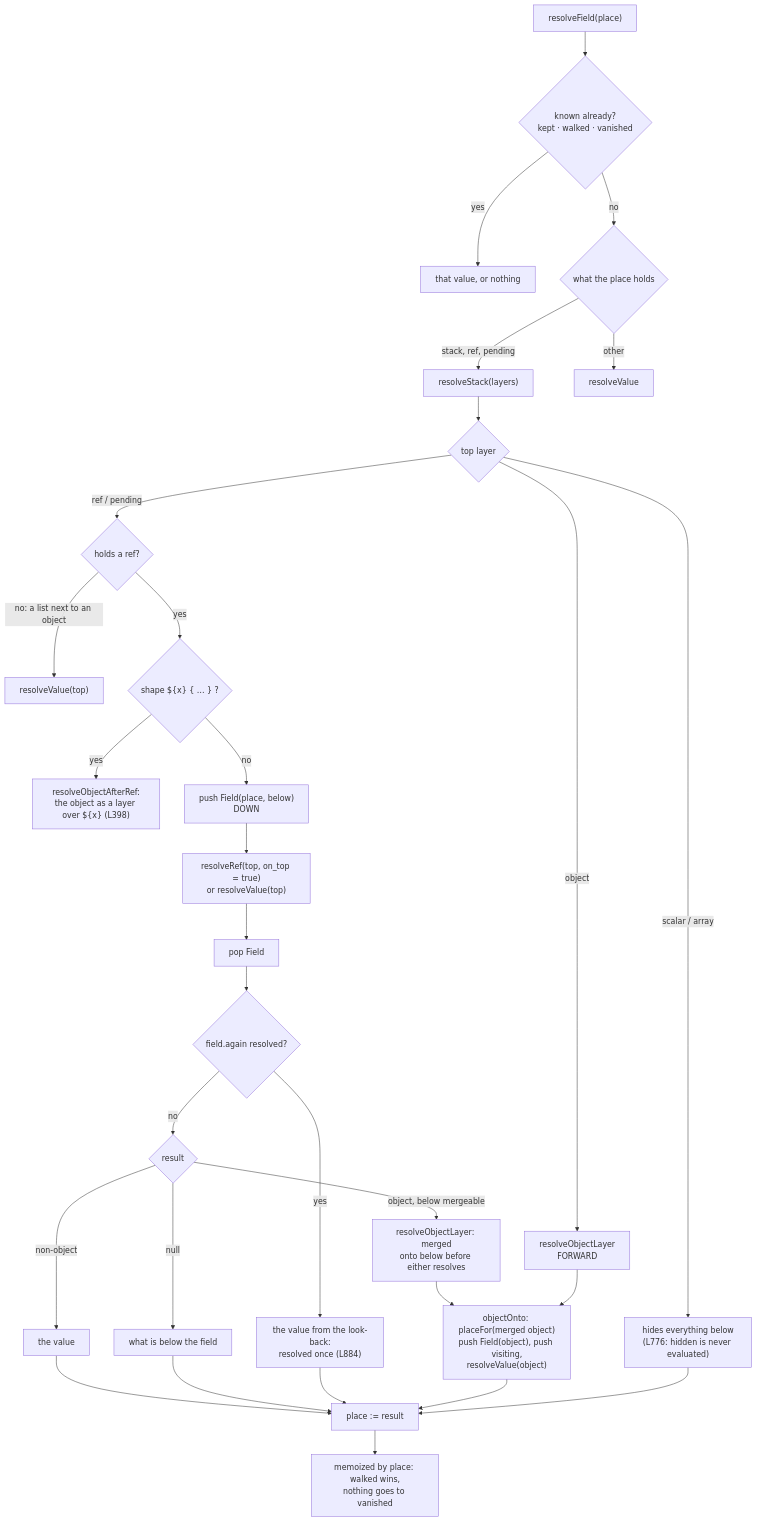
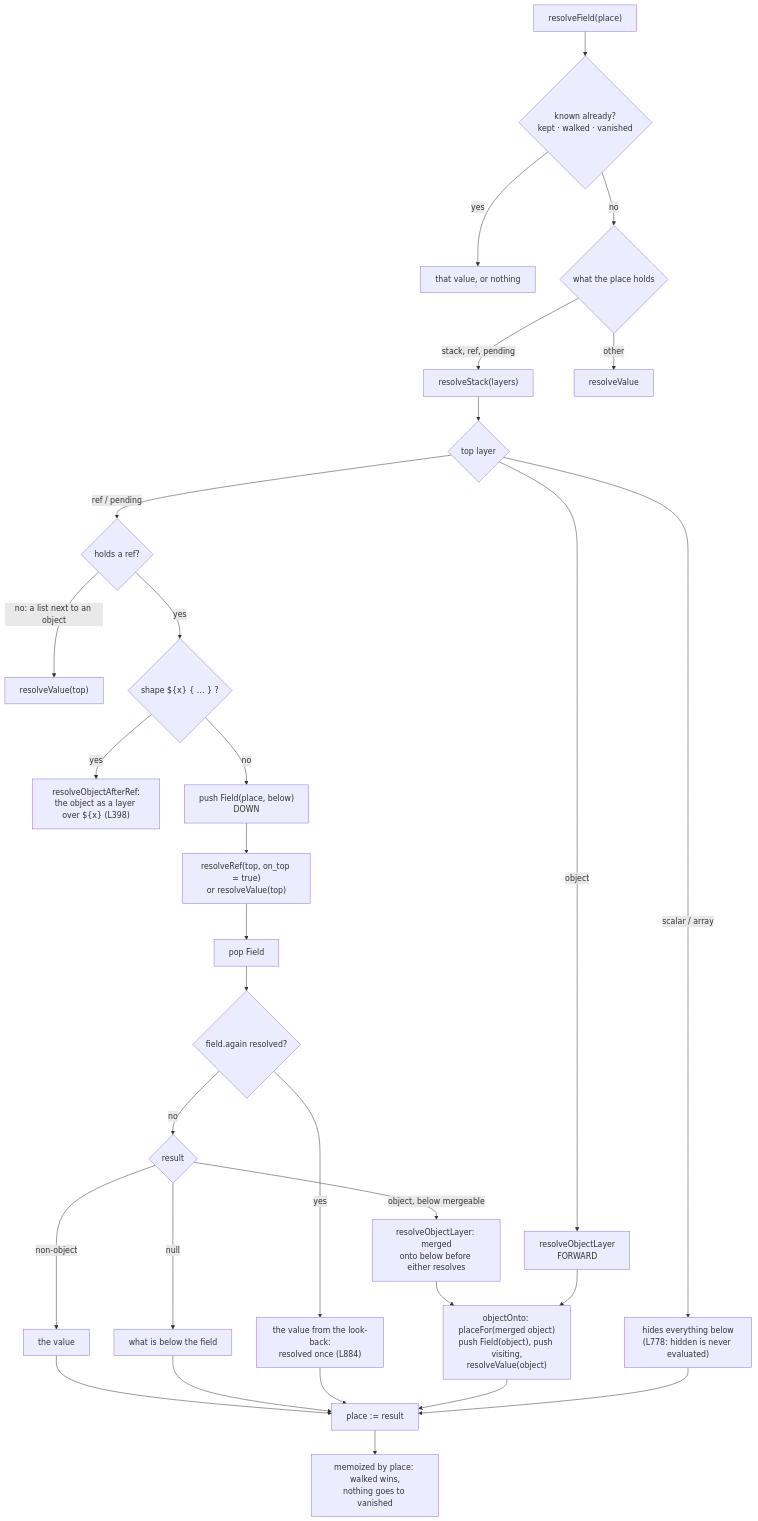
The third of 5 diagrams in docs/resolver.md (lejmr/zig-hocon), drawn with Mermaid before and after one commit. The commit also changed other lines of this file and 14 other files, not shown here.

````diff
--- a/docs/resolver.md
+++ b/docs/resolver.md
@@ -52,32 +52,32 @@
 ```mermaid
 flowchart TD
   RF["resolveField(place)"] --> KQ{"known already?<br/>kept · walked · vanished"}
   KQ -->|yes| KR["that value, or nothing"]
   KQ -->|no| KIND{"what the place holds"}
   KIND -->|"stack, ref, pending"| RS["resolveStack(layers)"]
   KIND -->|other| RV2["resolveValue"]
   RS --> TOP{"top layer"}
-  TOP -->|"scalar / array"| HIDE["hides everything below<br/>(L776: hidden is never evaluated)"]
+  TOP -->|"scalar / array"| HIDE["hides everything below<br/>(L778: hidden is never evaluated)"]
   TOP -->|object| OL["resolveObjectLayer<br/>FORWARD"]
   TOP -->|"ref / pending"| LB{"holds a ref?"}
   LB -->|"no: a list next to an object"| RV3["resolveValue(top)"]
   LB -->|yes| OAR{"shape ${x} #123; … #125; ?"}
   OAR -->|yes| ROAR["resolveObjectAfterRef:<br/>the object as a layer over ${x} (L398)"]
   OAR -->|no| PF["push Field(place, below)<br/>DOWN"]
   PF --> RRT["resolveRef(top, on_top = true)<br/>or resolveValue(top)"]
   RRT --> POP["pop Field"]
   POP --> AGQ{"field.again resolved?"}
   AGQ -->|yes| AGV["the value from the look-back:<br/>resolved once (L884)"]
   AGQ -->|no| RES{"result"}
   RES -->|"null"| UND["what is below the field"]
   RES -->|"non-object"| VAL["the value"]
   RES -->|"object, below mergeable"| MOB["resolveObjectLayer: merged<br/>onto below before either resolves"]
   OL --> OO["objectOnto: placeFor(merged object)<br/>push Field(object), push visiting,<br/>resolveValue(object)"]
   MOB --> OO
   HIDE --> STORE["place := result"]
   OO --> STORE
   AGV --> STORE
   UND --> STORE
   VAL --> STORE
   STORE --> MEMO["memoized by place: walked wins,<br/>nothing goes to vanished"]
 ```
````
